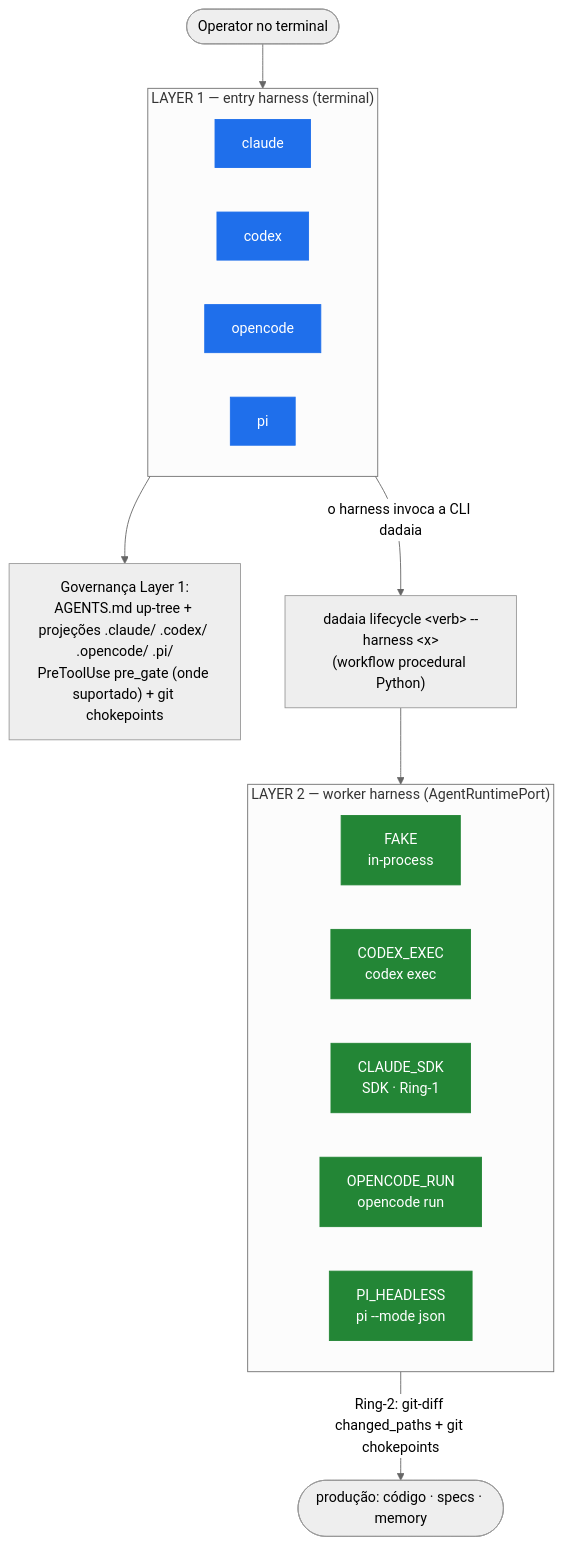
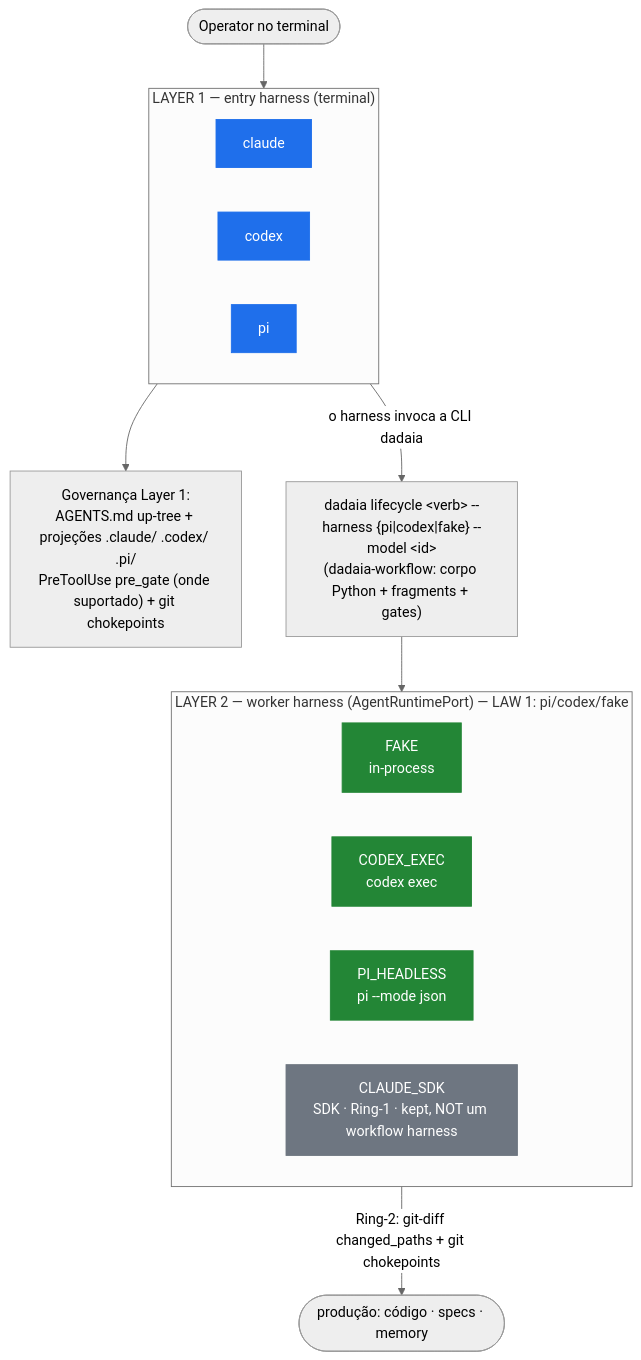
One commit to marcoaureliomenezes/dadaia-workspace changed the fourth of 4 diagrams in specs/memory/architecture.md. Above: the diagram before and after it, drawn with Mermaid (neutral theme). The commit also changed other lines of this file and 8 other files, not shown here.

````diff
--- a/specs/memory/architecture.md
+++ b/specs/memory/architecture.md
@@ -543,28 +543,27 @@
 ```mermaid
 flowchart TB
     OP(["Operator no terminal"])
     subgraph L1["LAYER 1 — entry harness (terminal)"]
         direction LR
         CC["claude"]:::h
         CX["codex"]:::h
-        OC["opencode"]:::h
         PIe["pi"]:::h
     end
-    GOV["Governança Layer 1:<br/>AGENTS.md up-tree + projeções .claude/ .codex/ .opencode/ .pi/<br/>PreToolUse pre_gate (onde suportado) + git chokepoints"]
-    CLI["dadaia lifecycle &lt;verb&gt; --harness &lt;x&gt;<br/>(workflow procedural Python)"]
-    subgraph L2["LAYER 2 — worker harness (AgentRuntimePort)"]
+    GOV["Governança Layer 1:<br/>AGENTS.md up-tree + projeções .claude/ .codex/ .pi/<br/>PreToolUse pre_gate (onde suportado) + git chokepoints"]
+    CLI["dadaia lifecycle &lt;verb&gt; --harness {pi|codex|fake} --model &lt;id&gt;<br/>(dadaia-workflow: corpo Python + fragments + gates)"]
+    subgraph L2["LAYER 2 — worker harness (AgentRuntimePort) — LAW 1: pi/codex/fake"]
         direction LR
         FK["FAKE<br/>in-process"]:::w
         CXk["CODEX_EXEC<br/>codex exec"]:::w
-        CLk["CLAUDE_SDK<br/>SDK · Ring-1"]:::w
-        OCk["OPENCODE_RUN<br/>opencode run"]:::w
         PIk["PI_HEADLESS<br/>pi --mode json"]:::w
+        CLk["CLAUDE_SDK<br/>SDK · Ring-1 · kept, NOT um workflow harness"]:::x
     end
     OP --> L1
     L1 --> GOV
     L1 -->|"o harness invoca a CLI dadaia"| CLI
     CLI --> L2
     L2 -->|"Ring-2: git-diff changed_paths + git chokepoints"| OUT(["produção: código · specs · memory"])
     classDef h fill:#1f6feb,color:#fff,stroke:#1f6feb;
     classDef w fill:#238636,color:#fff,stroke:#238636;
+    classDef x fill:#6e7681,color:#fff,stroke:#6e7681;
 ```
````
